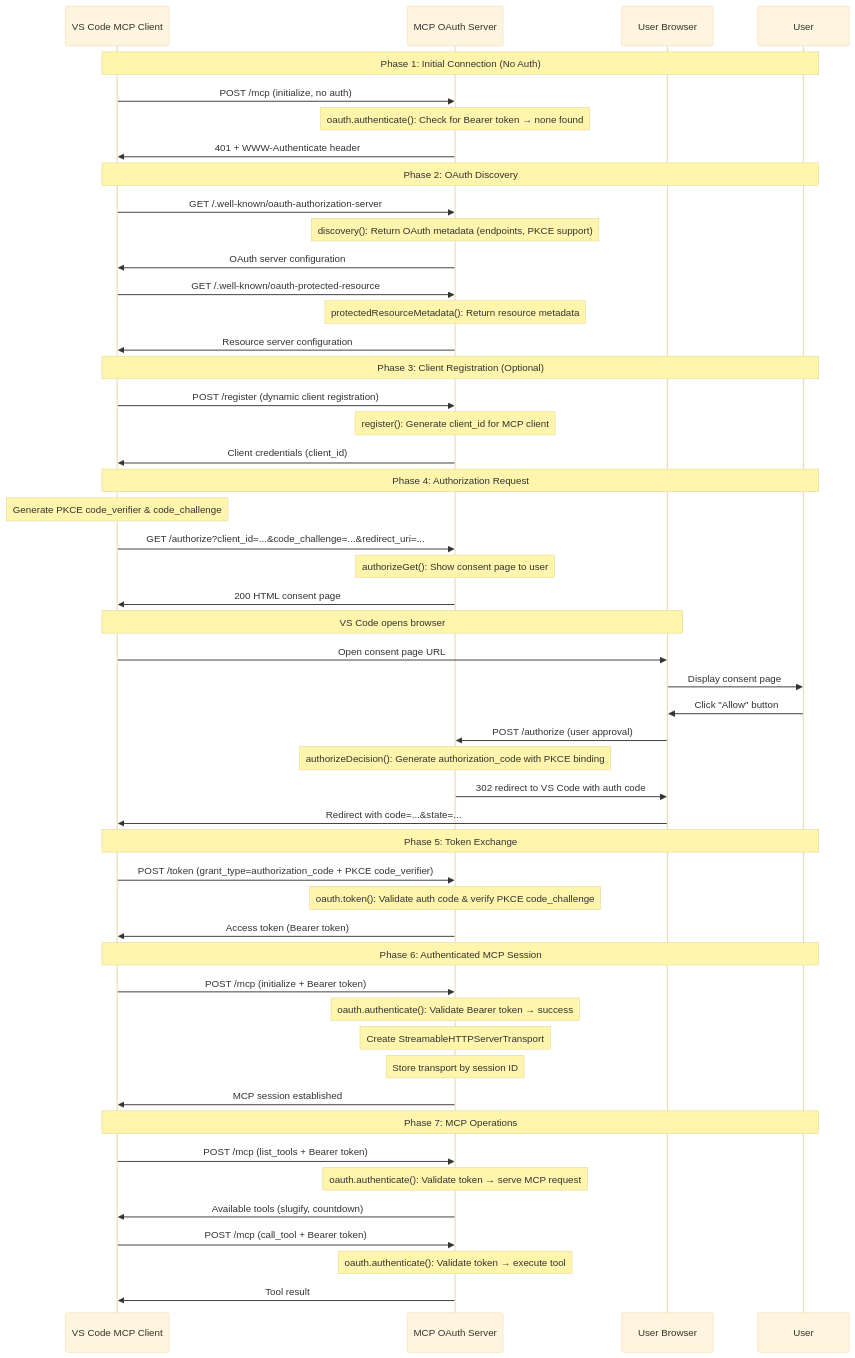
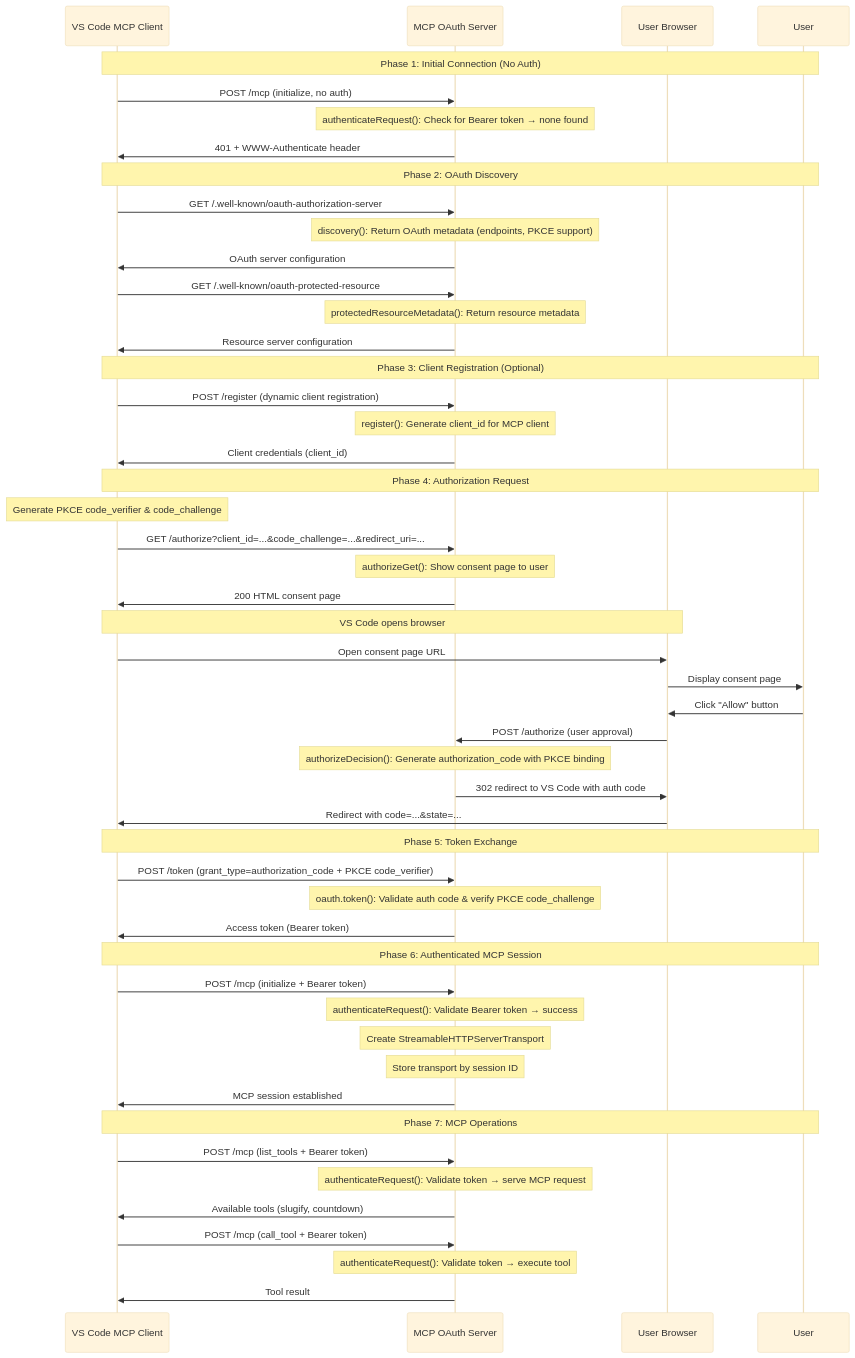
Before and after one commit to bitovi/mcp-training: the diagram in training/9-authorizing-mcp.md, drawn with Mermaid (base theme). The commit also changed other lines of this file and 2 other files, not shown here.

````diff
--- a/training/9-authorizing-mcp.md
+++ b/training/9-authorizing-mcp.md
@@ -5,62 +5,62 @@
 ```mermaid
 sequenceDiagram
     participant VSCode as VS Code MCP Client
     participant Server as MCP OAuth Server
     participant Browser as User Browser
     participant User as User
 
     Note over VSCode,User: Phase 1: Initial Connection (No Auth)
     VSCode->>Server: POST /mcp (initialize, no auth)
-    Note over Server: oauth.authenticate(): Check for Bearer token → none found
+    Note over Server: authenticateRequest(): Check for Bearer token → none found
     Server->>VSCode: 401 + WWW-Authenticate header
 
     Note over VSCode,User: Phase 2: OAuth Discovery
     VSCode->>Server: GET /.well-known/oauth-authorization-server
     Note over Server: discovery(): Return OAuth metadata (endpoints, PKCE support)
     Server->>VSCode: OAuth server configuration
 
     VSCode->>Server: GET /.well-known/oauth-protected-resource
     Note over Server: protectedResourceMetadata(): Return resource metadata
     Server->>VSCode: Resource server configuration
 
     Note over VSCode,User: Phase 3: Client Registration (Optional)
     VSCode->>Server: POST /register (dynamic client registration)
     Note over Server: register(): Generate client_id for MCP client
     Server->>VSCode: Client credentials (client_id)
 
     Note over VSCode,User: Phase 4: Authorization Request
     Note over VSCode: Generate PKCE code_verifier & code_challenge
     VSCode->>Server: GET /authorize?client_id=...&code_challenge=...&redirect_uri=...
     Note over Server: authorizeGet(): Show consent page to user
     Server->>VSCode: 200 HTML consent page
 
     Note over VSCode,Browser: VS Code opens browser
     VSCode->>Browser: Open consent page URL
     Browser->>User: Display consent page
     User->>Browser: Click "Allow" button
     Browser->>Server: POST /authorize (user approval)
     Note over Server: authorizeDecision(): Generate authorization_code with PKCE binding
     Server->>Browser: 302 redirect to VS Code with auth code
     Browser->>VSCode: Redirect with code=...&state=...
 
     Note over VSCode,User: Phase 5: Token Exchange
     VSCode->>Server: POST /token (grant_type=authorization_code + PKCE code_verifier)
     Note over Server: oauth.token(): Validate auth code & verify PKCE code_challenge
     Server->>VSCode: Access token (Bearer token)
 
     Note over VSCode,User: Phase 6: Authenticated MCP Session
     VSCode->>Server: POST /mcp (initialize + Bearer token)
-    Note over Server: oauth.authenticate(): Validate Bearer token → success
+    Note over Server: authenticateRequest(): Validate Bearer token → success
     Note over Server: Create StreamableHTTPServerTransport
     Note over Server: Store transport by session ID
     Server->>VSCode: MCP session established
 
     Note over VSCode,User: Phase 7: MCP Operations
     VSCode->>Server: POST /mcp (list_tools + Bearer token)
-    Note over Server: oauth.authenticate(): Validate token → serve MCP request
+    Note over Server: authenticateRequest(): Validate token → serve MCP request
     Server->>VSCode: Available tools (slugify, countdown)
 
     VSCode->>Server: POST /mcp (call_tool + Bearer token)
-    Note over Server: oauth.authenticate(): Validate token → execute tool
+    Note over Server: authenticateRequest(): Validate token → execute tool
     Server->>VSCode: Tool result
 ```
````
